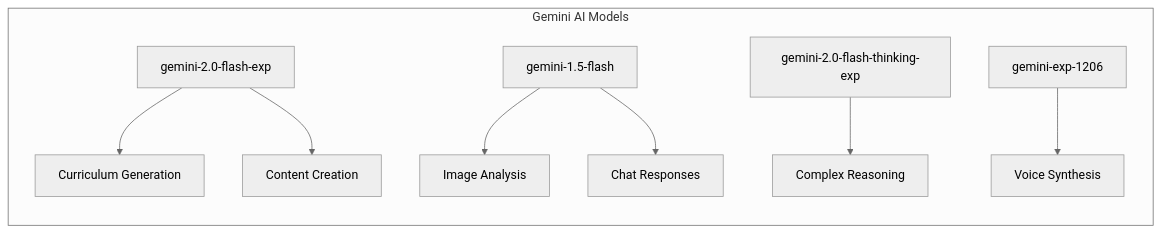
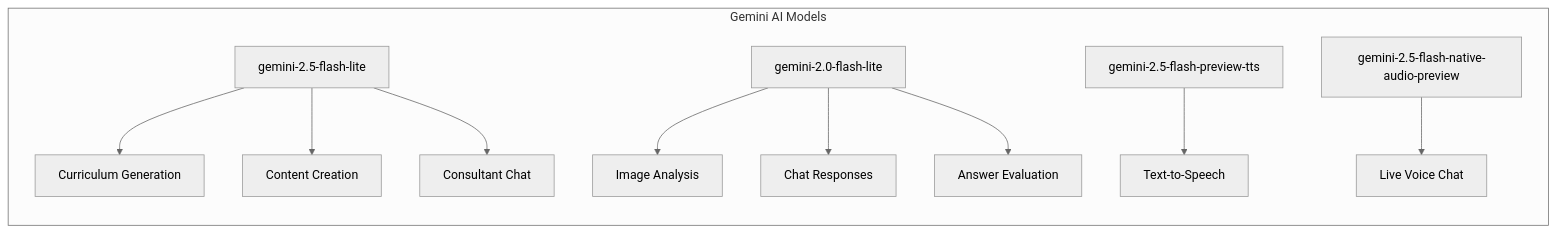
The third of 20 diagrams in README.md (HVbajoria/HV-LearnOS), drawn with Mermaid (neutral theme) before and after one commit. The commit also changed other lines of this file and 18 other files, not shown here.

````diff
--- a/README.md
+++ b/README.md
@@ -140,14 +146,16 @@
 ```mermaid
 graph LR
     subgraph "Gemini AI Models"
-        A[gemini-2.0-flash-exp] --> B[Curriculum Generation]
+        A[gemini-2.5-flash-lite] --> B[Curriculum Generation]
         A --> C[Content Creation]
+        A --> D[Consultant Chat]
         
-        D[gemini-1.5-flash] --> E[Image Analysis]
-        D --> F[Chat Responses]
+        E[gemini-2.0-flash-lite] --> F[Image Analysis]
+        E --> G[Chat Responses]
+        E --> H[Answer Evaluation]
         
-        G[gemini-2.0-flash-thinking-exp] --> H[Complex Reasoning]
+        I[gemini-2.5-flash-preview-tts] --> J[Text-to-Speech]
         
-        I[gemini-exp-1206] --> J[Voice Synthesis]
+        K[gemini-2.5-flash-native-audio-preview] --> L[Live Voice Chat]
     end
 ```
````
